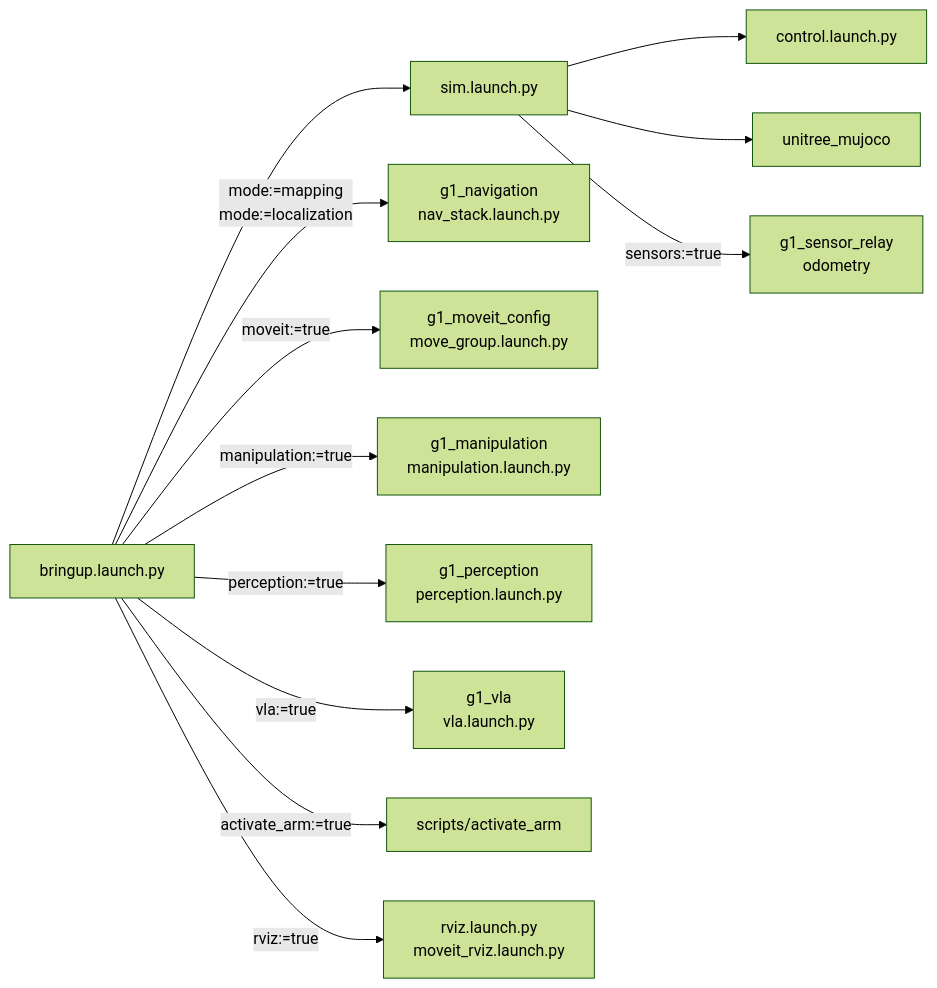
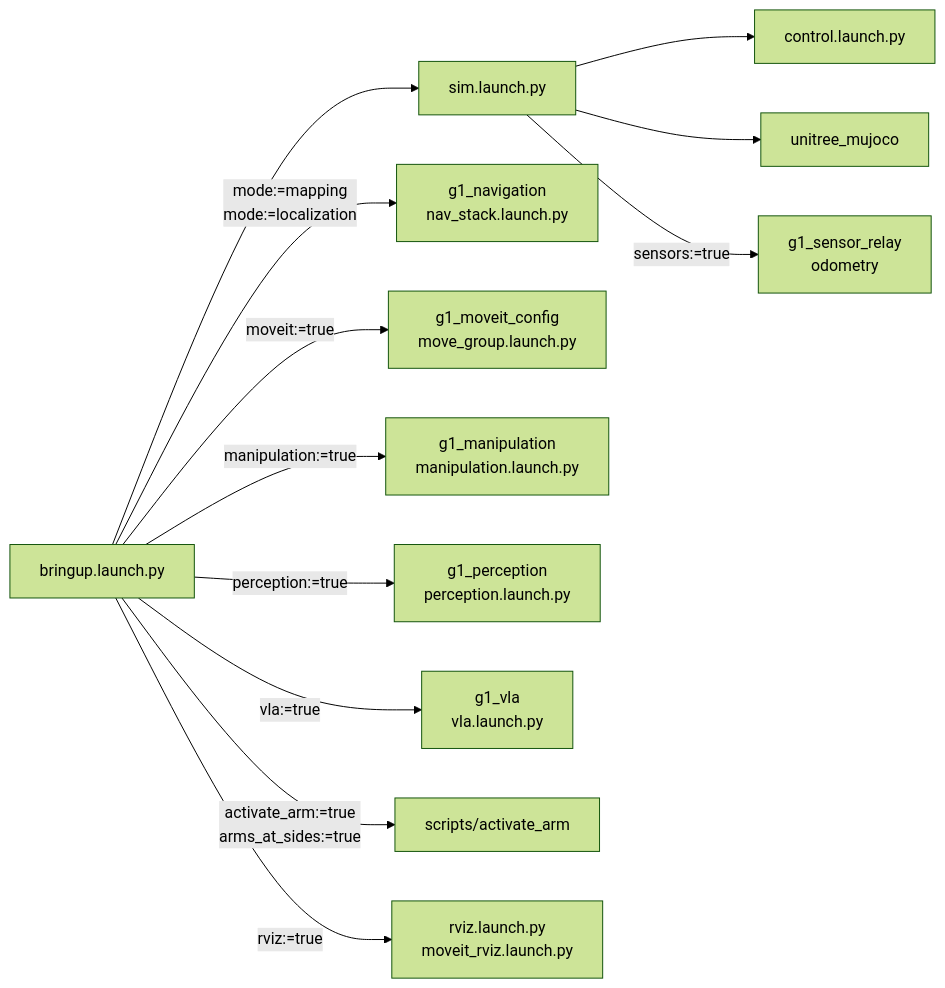
Before and after one commit to Adyansh04/grove-g1: the diagram in workspace/src/g1_bringup/README.md, drawn with Mermaid (forest theme). The commit also changed other lines of this file and 107 other files, not shown here.

````diff
--- a/workspace/src/g1_bringup/README.md
+++ b/workspace/src/g1_bringup/README.md
@@ -11,15 +14,15 @@
 ```mermaid
 flowchart LR
     B["bringup.launch.py"]
     B --> S["sim.launch.py"]
     B -->|"mode:=mapping<br/>mode:=localization"| N["g1_navigation<br/>nav_stack.launch.py"]
     B -->|"moveit:=true"| MG["g1_moveit_config<br/>move_group.launch.py"]
     B -->|"manipulation:=true"| MA["g1_manipulation<br/>manipulation.launch.py"]
     B -->|"perception:=true"| P["g1_perception<br/>perception.launch.py"]
     B -->|"vla:=true"| V["g1_vla<br/>vla.launch.py"]
-    B -->|"activate_arm:=true"| A["scripts/activate_arm"]
+    B -->|"activate_arm:=true<br/>arms_at_sides:=true"| A["scripts/activate_arm"]
     B -->|"rviz:=true"| R["rviz.launch.py<br/>moveit_rviz.launch.py"]
     S --> C["control.launch.py"]
     S --> MJ["unitree_mujoco"]
     S -->|"sensors:=true"| SR["g1_sensor_relay<br/>odometry"]
 ```
````
